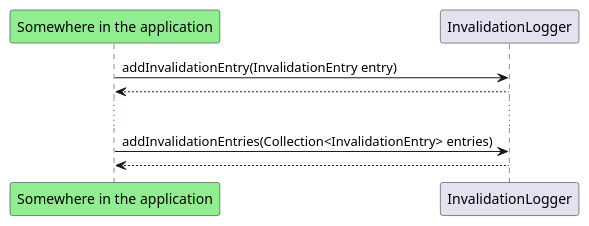
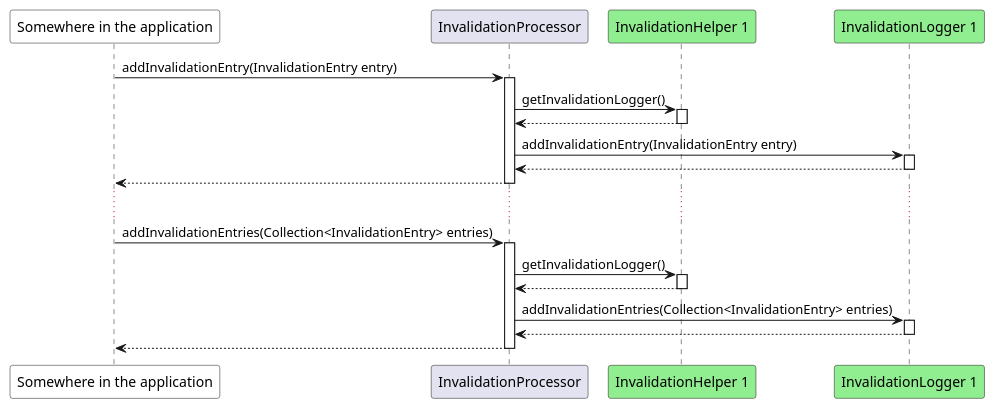
The diagram in src/doc/uml/collect_invalidation_entries.plantuml (ppodgorsek/juncacher), drawn with PlantUML before and after one commit. The commit also changed 1 other file, not shown here.

Commit message:
Updated the UML diagrams.

```diff
--- a/src/doc/uml/collect_invalidation_entries.plantuml
+++ b/src/doc/uml/collect_invalidation_entries.plantuml
@@ -1,13 +1,42 @@
 @startuml
 
-participant "Somewhere in the application" #lightgreen
+participant "Somewhere in the application" #white
+participant "InvalidationProcessor"
+participant "InvalidationHelper 1" #lightgreen
+participant "InvalidationLogger 1" #lightgreen
 
-"Somewhere in the application" -> InvalidationLogger: addInvalidationEntry(InvalidationEntry entry)
-InvalidationLogger --> "Somewhere in the application"
+"Somewhere in the application" -> "InvalidationProcessor": addInvalidationEntry(InvalidationEntry entry)
+activate InvalidationProcessor
+
+"InvalidationProcessor" -> "InvalidationHelper 1": getInvalidationLogger()
+activate "InvalidationHelper 1"
+"InvalidationHelper 1" --> "InvalidationProcessor"
+deactivate "InvalidationHelper 1"
+
+"InvalidationProcessor" -> "InvalidationLogger 1": addInvalidationEntry(InvalidationEntry entry)
+activate "InvalidationLogger 1"
+"InvalidationLogger 1" --> "InvalidationProcessor"
+deactivate "InvalidationLogger 1"
+
+"InvalidationProcessor" --> "Somewhere in the application"
+deactivate InvalidationProcessor
 
 ...
 
-"Somewhere in the application" -> InvalidationLogger: addInvalidationEntries(Collection<InvalidationEntry> entries)
-InvalidationLogger --> "Somewhere in the application"
+"Somewhere in the application" -> "InvalidationProcessor": addInvalidationEntries(Collection<InvalidationEntry> entries)
+activate InvalidationProcessor
+
+"InvalidationProcessor" -> "InvalidationHelper 1": getInvalidationLogger()
+activate "InvalidationHelper 1"
+"InvalidationHelper 1" --> "InvalidationProcessor"
+deactivate "InvalidationHelper 1"
+
+"InvalidationProcessor" -> "InvalidationLogger 1": addInvalidationEntries(Collection<InvalidationEntry> entries)
+activate "InvalidationLogger 1"
+"InvalidationLogger 1" --> "InvalidationProcessor"
+deactivate "InvalidationLogger 1"
+
+"InvalidationProcessor" --> "Somewhere in the application"
+deactivate InvalidationProcessor
 
 @enduml
```
